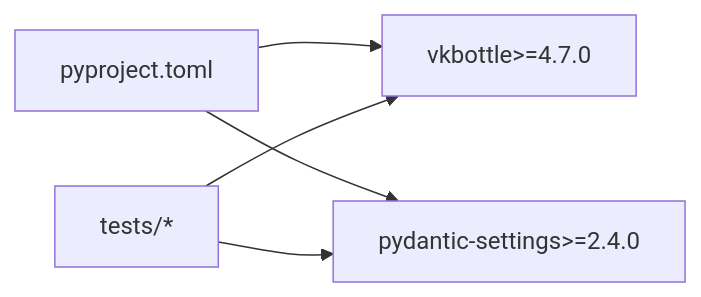
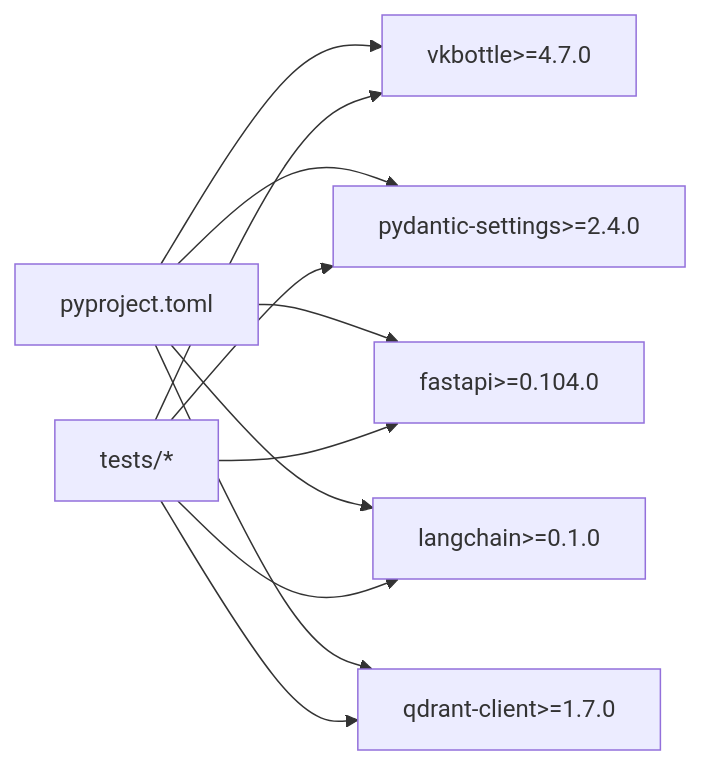
One commit to ognelis/cafetera_hr_bot changed the seventh of 7 diagrams in .qoder/repowiki/en/content/API Reference/API Reference.md. Above: the diagram before and after it, drawn with Mermaid. The commit also changed other lines of this file and 6 other files, not shown here.

````diff
--- a/.qoder/repowiki/en/content/API Reference/API Reference.md
+++ b/.qoder/repowiki/en/content/API Reference/API Reference.md
@@ -403,7 +514,13 @@
 ```mermaid
 graph LR
 P["pyproject.toml"] --> V["vkbottle>=4.7.0"]
 P --> PS["pydantic-settings>=2.4.0"]
+P --> FA["fastapi>=0.104.0"]
+P --> LC["langchain>=0.1.0"]
+P --> QC["qdrant-client>=1.7.0"]
 T["tests/*"] --> V
 T --> PS
+T --> FA
+T --> LC
+T --> QC
 ```
````
